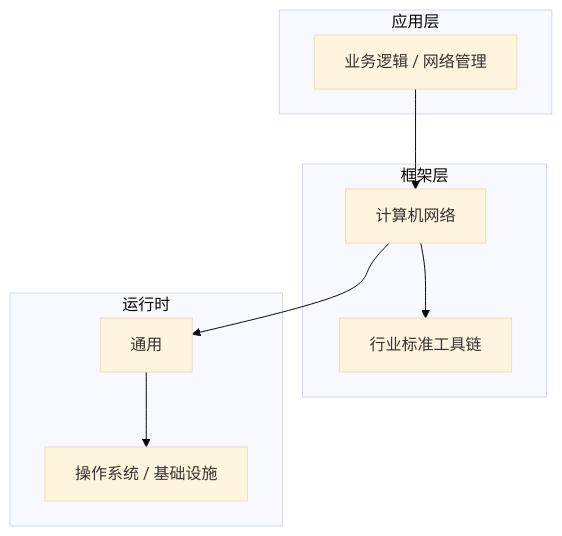
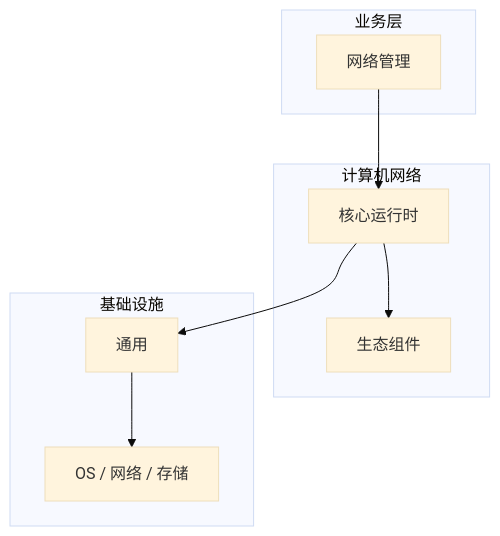
One commit to yanggan2015/knowledge-json-v2 changed the diagram in articles/计算机网络/chapters/109-网络管理核心概念与原理.md. Above: the diagram before and after it, drawn with Mermaid (base theme). The commit also changed other lines of this file and 10127 other files, not shown here.

````diff
--- a/articles/计算机网络/chapters/109-网络管理核心概念与原理.md
+++ b/articles/计算机网络/chapters/109-网络管理核心概念与原理.md
@@ -45,18 +34,18 @@
 ```mermaid
 graph TB
-    subgraph 应用层
-        A[业务逻辑 / 网络管理]
+    subgraph 业务层
+        A[网络管理]
     end
-    subgraph 框架层
-        B[计算机网络]
-        C[行业标准工具链]
+    subgraph 计算机网络
+        B[核心运行时]
+        C[生态组件]
     end
-    subgraph 运行时
+    subgraph 基础设施
         D[通用]
-        E[操作系统 / 基础设施]
+        E[OS / 网络 / 存储]
     end
     A --> B
     B --> C
     B --> D
     D --> E
 ```
````
